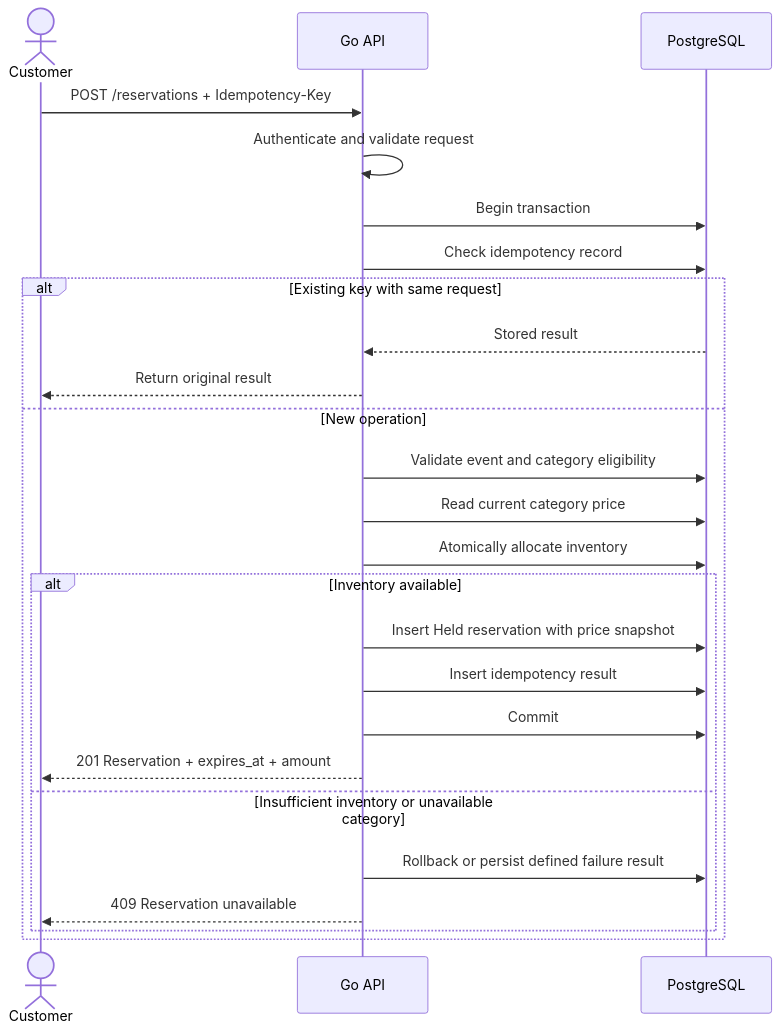
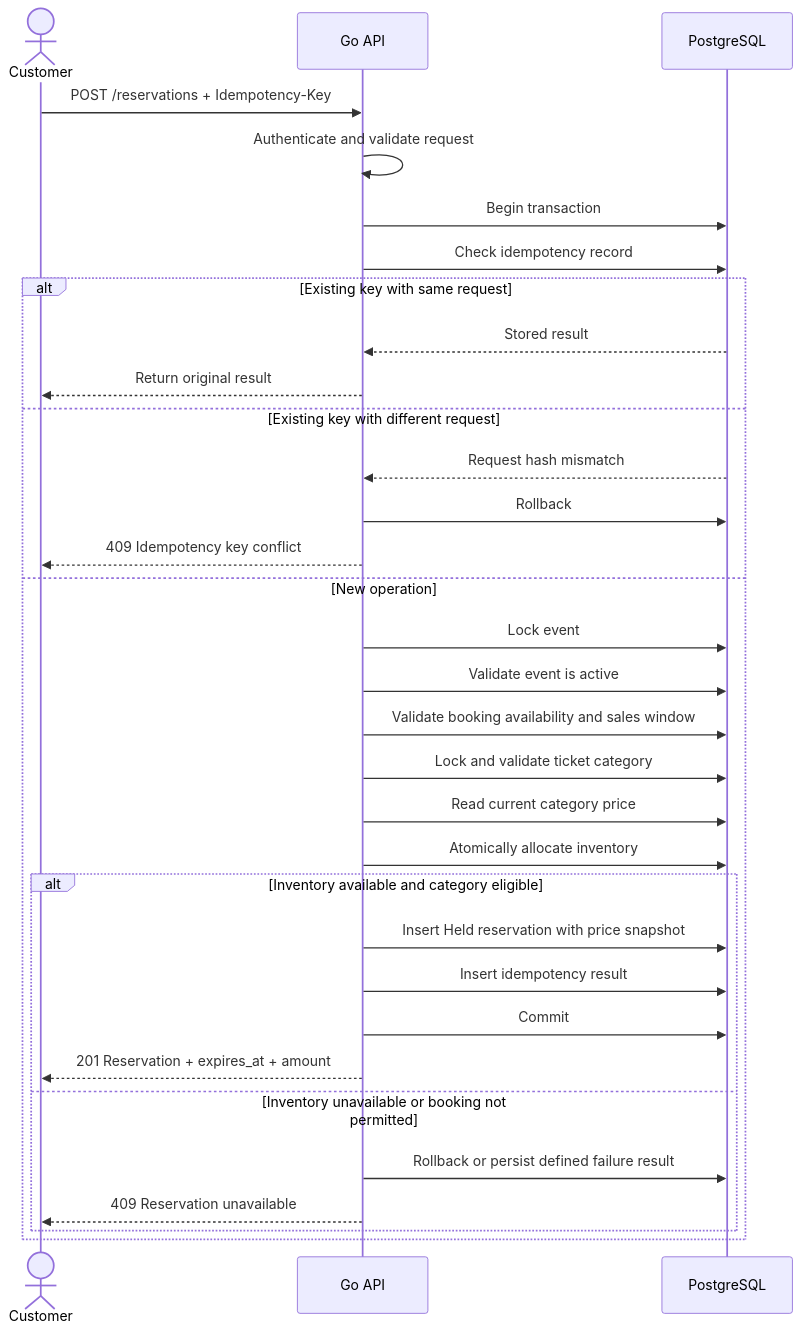
The fourth of 9 diagrams in docs/sequence-diagrams.md (Punith1117/ticket-forge), drawn with Mermaid before and after one commit. The commit also changed other lines of this file and 14 other files, not shown here.

````diff
--- a/docs/sequence-diagrams.md
+++ b/docs/sequence-diagrams.md
@@ -44,35 +161,43 @@
 ```mermaid
 sequenceDiagram
     actor C as Customer
     participant API as Go API
     participant DB as PostgreSQL
 
     C->>API: POST /reservations + Idempotency-Key
 
     API->>API: Authenticate and validate request
 
     API->>DB: Begin transaction
     API->>DB: Check idempotency record
 
     alt Existing key with same request
         DB-->>API: Stored result
         API-->>C: Return original result
 
+    else Existing key with different request
+        DB-->>API: Request hash mismatch
+        API->>DB: Rollback
+        API-->>C: 409 Idempotency key conflict
+
     else New operation
-        API->>DB: Validate event and category eligibility
+        API->>DB: Lock event
+        API->>DB: Validate event is active
+        API->>DB: Validate booking availability and sales window
+        API->>DB: Lock and validate ticket category
         API->>DB: Read current category price
         API->>DB: Atomically allocate inventory
 
-        alt Inventory available
+        alt Inventory available and category eligible
             API->>DB: Insert Held reservation with price snapshot
             API->>DB: Insert idempotency result
             API->>DB: Commit
 
             API-->>C: 201 Reservation + expires_at + amount
 
-        else Insufficient inventory or unavailable category
+        else Inventory unavailable or booking not permitted
             API->>DB: Rollback or persist defined failure result
             API-->>C: 409 Reservation unavailable
         end
     end
 ```
````
